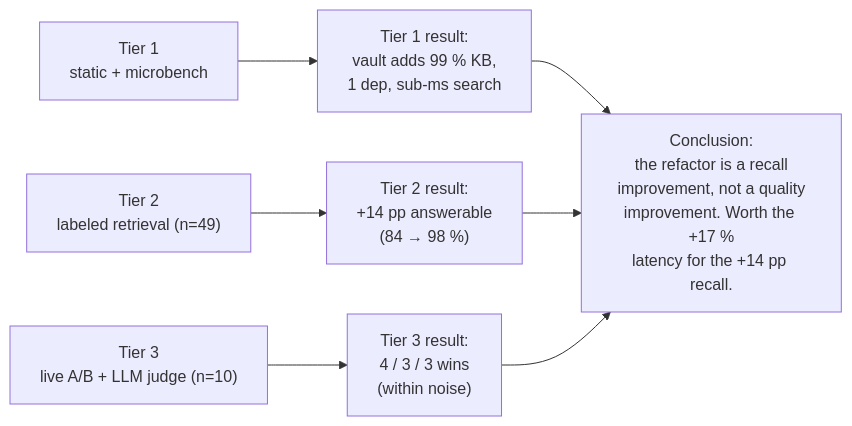
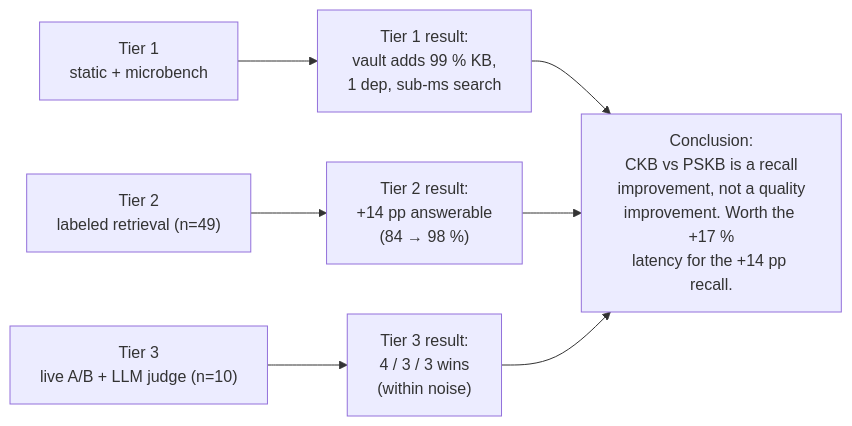
Before and after one commit to erjosito/network-desk: the fourth of 4 diagrams in ARCHITECTURE-EVALUATION.md, drawn with Mermaid. The commit also changed other lines of this file, not shown here.

First line of the commit message:
Restructure ARCHITECTURE-EVALUATION.md as objective pattern analysis

````diff
--- a/ARCHITECTURE-EVALUATION.md
+++ b/ARCHITECTURE-EVALUATION.md
@@ -696,9 +511,9 @@
 ```mermaid
 flowchart LR
     T1["Tier 1<br/>static + microbench"] --> T1R["Tier 1 result:<br/>vault adds 99 % KB,<br/>1 dep, sub-ms search"]
     T2["Tier 2<br/>labeled retrieval (n=49)"] --> T2R["Tier 2 result:<br/>+14 pp answerable<br/>(84 → 98 %)"]
     T3["Tier 3<br/>live A/B + LLM judge (n=10)"] --> T3R["Tier 3 result:<br/>4 / 3 / 3 wins<br/>(within noise)"]
-    T1R --> Conc["Conclusion:<br/>the refactor is a recall<br/>improvement, not a quality<br/>improvement. Worth the +17 %<br/>latency for the +14 pp recall."]
+    T1R --> Conc["Conclusion:<br/>CKB vs PSKB is a recall<br/>improvement, not a quality<br/>improvement. Worth the +17 %<br/>latency for the +14 pp recall."]
     T2R --> Conc
     T3R --> Conc
 ```
````
